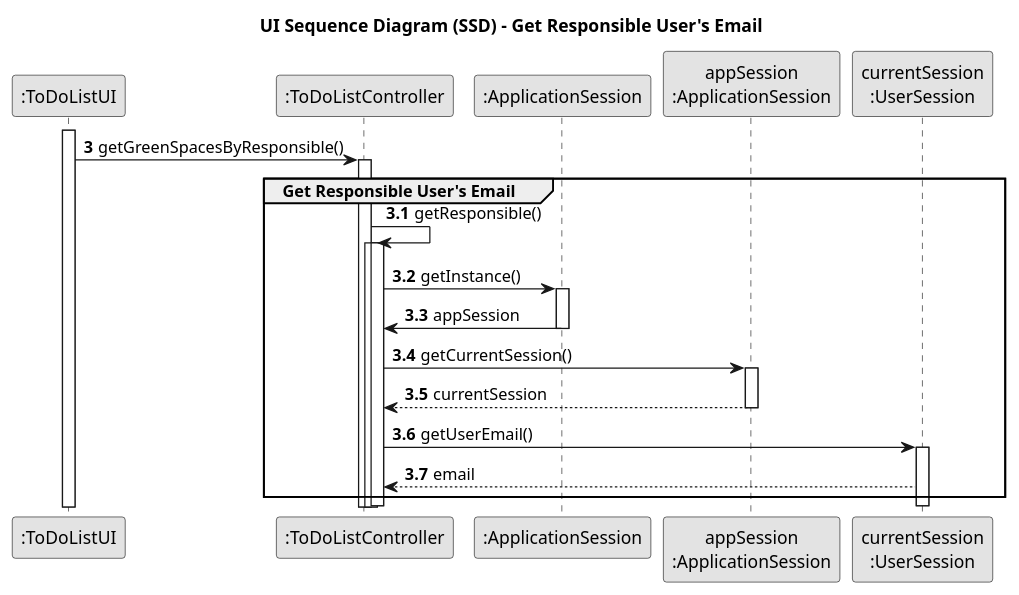
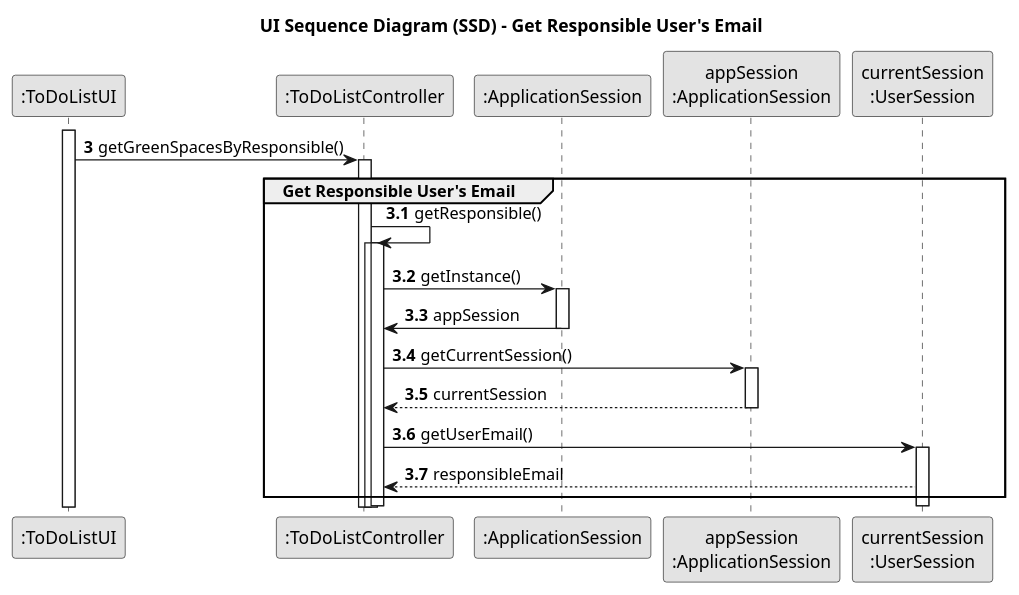
The diagram in docs/sprintC/us021/03.design/puml/us021-sequence-diagram-partial-get-responsible-email.puml (SAEmanuel/Green_Spaces_Management_ISEP), drawn with PlantUML before and after one commit. The commit also changed 7 other files, not shown here.

```diff
--- a/docs/sprintC/us021/03.design/puml/us021-sequence-diagram-partial-get-responsible-email.puml
+++ b/docs/sprintC/us021/03.design/puml/us021-sequence-diagram-partial-get-responsible-email.puml
@@ -1,48 +1,48 @@
 @startuml
 skinparam monochrome true
 skinparam packageStyle rectangle
 skinparam shadowing false
 
 title UI Sequence Diagram (SSD) - Get Responsible User's Email
 
 autonumber
 
 
 participant ":ToDoListUI" as UI
 participant ":ToDoListController" as CTRL
 participant ":ApplicationSession" as _APP
 participant "appSession\n:ApplicationSession" as APP
 participant "currentSession\n:UserSession" as SESSAO
 
 activate UI
 autonumber 3
 UI -> CTRL : getGreenSpacesByResponsible()
 activate CTRL
 
 group Get Responsible User's Email
 
 autonumber 3.1
 CTRL -> CTRL : getResponsible()
 activate CTRL
 
 activate CTRL
 
 CTRL -> _APP: getInstance()
 activate _APP
 _APP -> CTRL: appSession
 deactivate _APP
 
 CTRL -> APP: getCurrentSession()
 activate APP
 APP --> CTRL: currentSession
 deactivate APP
 
 CTRL -> SESSAO: getUserEmail()
 activate SESSAO
-SESSAO --> CTRL: email
+SESSAO --> CTRL: responsibleEmail
 end
 deactivate SESSAO
 
 deactivate CTRL
 
 @enduml
```
